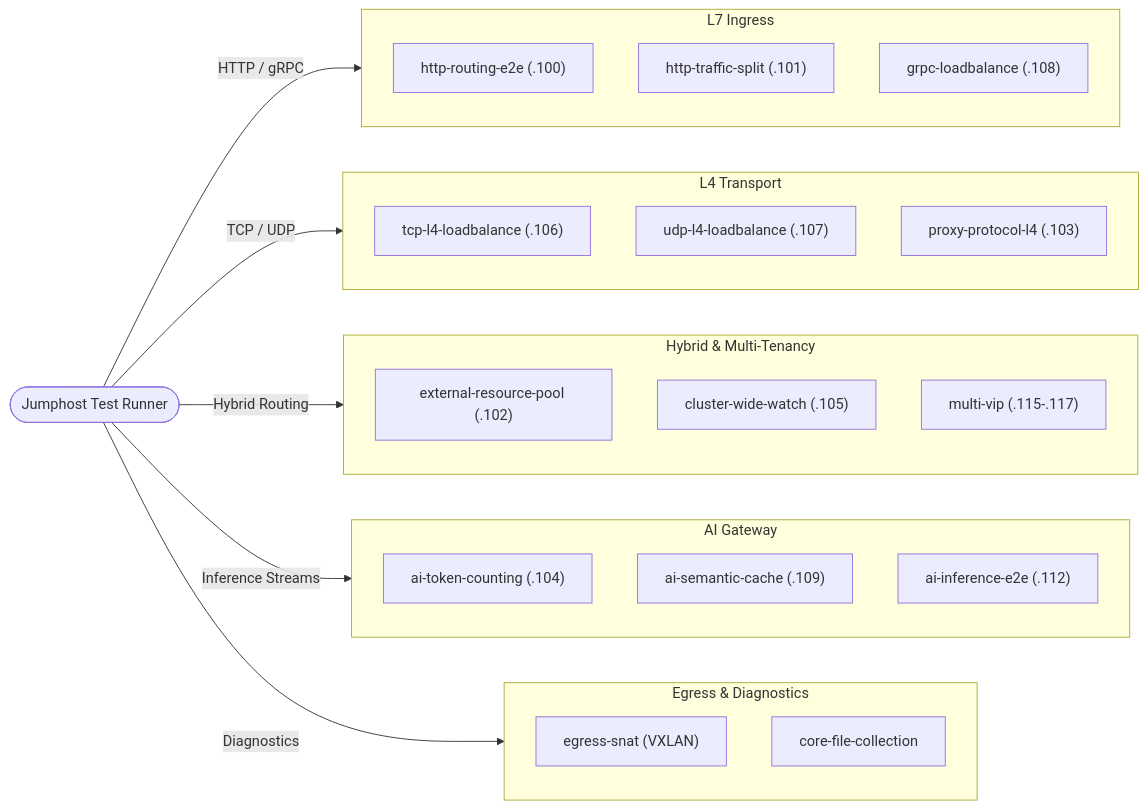
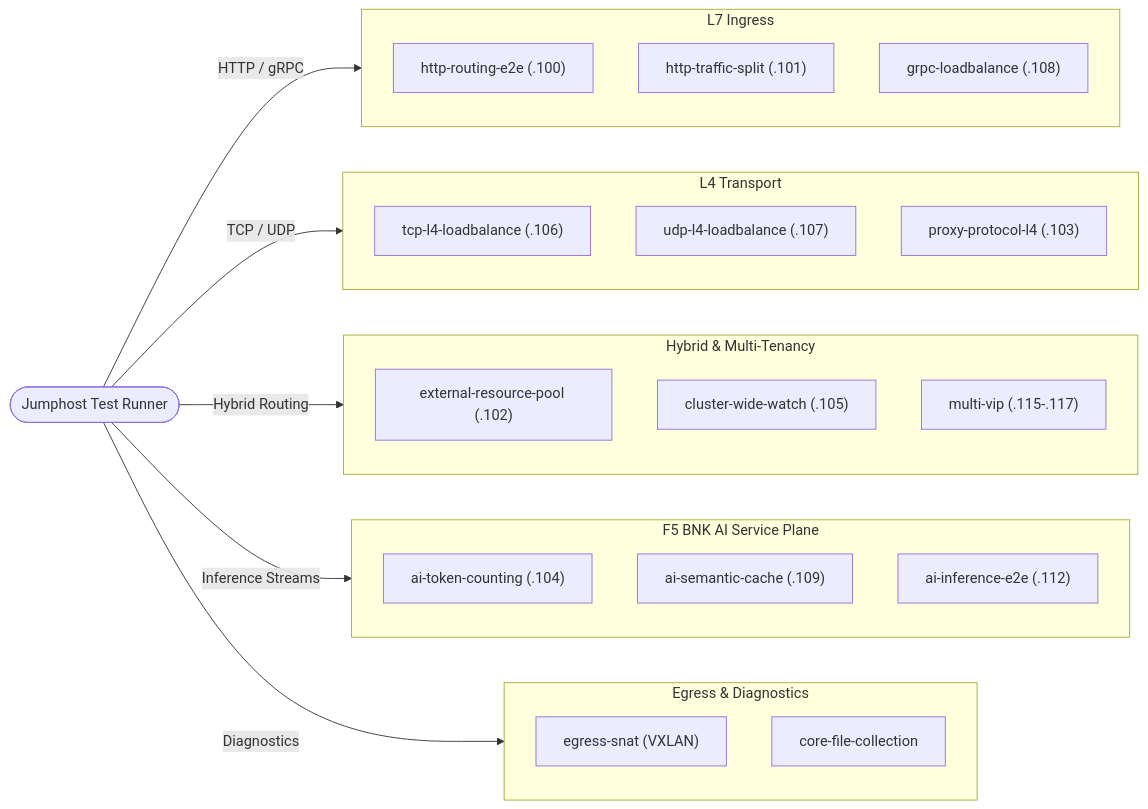
The third of 4 diagrams in README.md (JLCode-tech/gkebnkctl), drawn with Mermaid before and after one commit. The commit also changed other lines of this file and 12 other files, not shown here.

Commit message:
docs: align F5 BNK AI Service Plane terminology, BNK Forge repo link, and CloudDocs references

````diff
--- a/README.md
+++ b/README.md
@@ -229,39 +229,39 @@
 ```mermaid
 flowchart LR
     JH([Jumphost Test Runner])
 
     subgraph L7["L7 Ingress"]
         HTTP["http-routing-e2e (.100)"]
         Split["http-traffic-split (.101)"]
         GRPC["grpc-loadbalance (.108)"]
     end
 
     subgraph L4["L4 Transport"]
         TCP["tcp-l4-loadbalance (.106)"]
         UDP["udp-l4-loadbalance (.107)"]
         PP["proxy-protocol-l4 (.103)"]
     end
 
     subgraph Hybrid["Hybrid & Multi-Tenancy"]
         Ext["external-resource-pool (.102)"]
         CWC["cluster-wide-watch (.105)"]
         MultiVIP["multi-vip (.115-.117)"]
     end
 
-    subgraph AI["AI Gateway"]
+    subgraph AI["F5 BNK AI Service Plane"]
         Tokens["ai-token-counting (.104)"]
         Cache["ai-semantic-cache (.109)"]
         Infer["ai-inference-e2e (.112)"]
     end
 
     subgraph Diagnostics["Egress & Diagnostics"]
         SNAT["egress-snat (VXLAN)"]
         Core["core-file-collection"]
     end
 
     JH -->|HTTP / gRPC| L7
     JH -->|TCP / UDP| L4
     JH -->|Hybrid Routing| Hybrid
     JH -->|Inference Streams| AI
     JH -->|Diagnostics| Diagnostics
 ```
````
